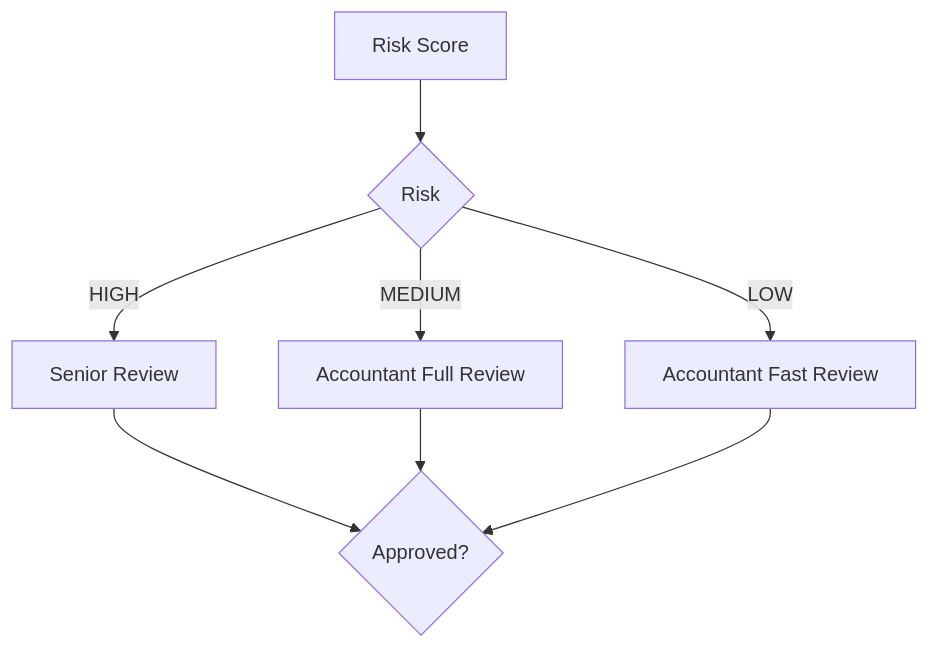
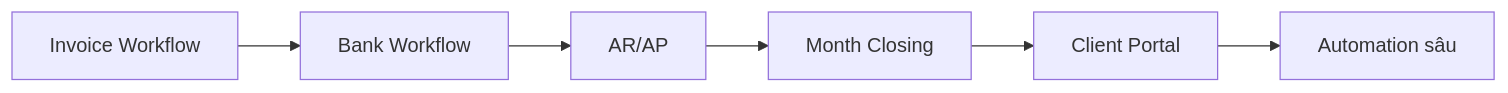
Before and after one commit to huynv81/tomtax: diagram 11 of 12 in tdd.md, drawn with Mermaid. The commit also changed other lines of this file, not shown here.

````diff
--- a/tdd.md
+++ b/tdd.md
@@ -681,10 +1095,8 @@
 ```mermaid
-flowchart TD
-    A[Risk Score] --> B{Risk}
-    B -->|LOW| C[Accountant Fast Review]
-    B -->|MEDIUM| D[Accountant Full Review]
-    B -->|HIGH| E[Senior Review]
-    E --> F{Approved?}
-    D --> F
-    C --> F
+flowchart LR
+    A[Invoice Workflow] --> B[Bank Workflow]
+    B --> C[AR/AP]
+    C --> D[Month Closing]
+    D --> E[Client Portal]
+    E --> F[Automation sâu]
 ```
````
